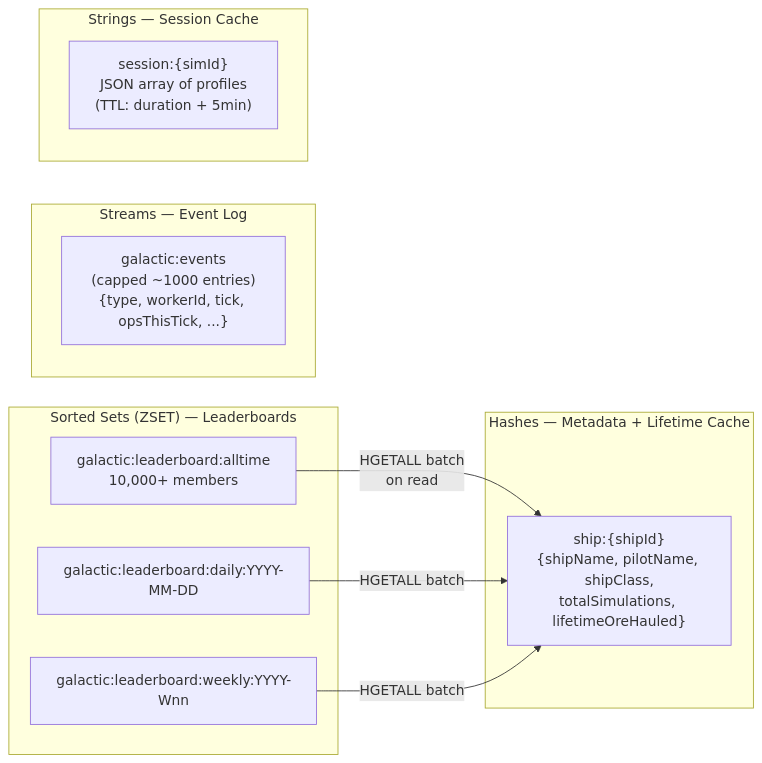
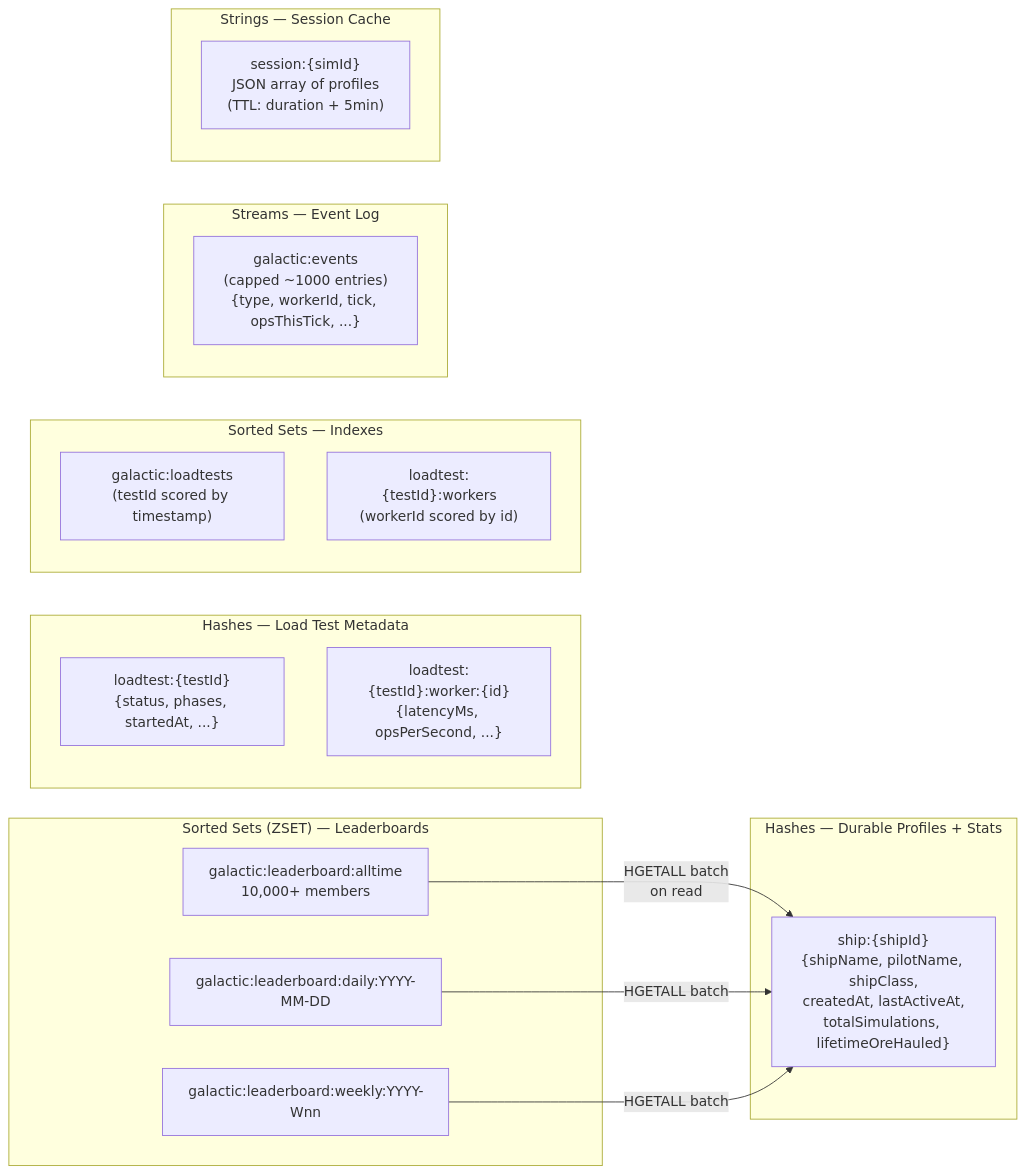
The third of 5 diagrams in ARCHITECTURE.md (rickrams/galactic-mining-league), drawn with Mermaid before and after one commit. The commit also changed other lines of this file and 4 other files, not shown here.

````diff
--- a/ARCHITECTURE.md
+++ b/ARCHITECTURE.md
@@ -74,24 +73,34 @@
 ```mermaid
 graph LR
     subgraph "Sorted Sets (ZSET) — Leaderboards"
         A["galactic:leaderboard:alltime<br/>10,000+ members"]
         B["galactic:leaderboard:daily:YYYY-MM-DD"]
         C["galactic:leaderboard:weekly:YYYY-Wnn"]
     end
 
-    subgraph "Hashes — Metadata + Lifetime Cache"
-        H["ship:{shipId}<br/>{shipName, pilotName, shipClass,<br/>totalSimulations, lifetimeOreHauled}"]
+    subgraph "Hashes — Durable Profiles + Stats"
+        H["ship:{shipId}<br/>{shipName, pilotName, shipClass,<br/>createdAt, lastActiveAt,<br/>totalSimulations, lifetimeOreHauled}"]
+    end
+
+    subgraph "Hashes — Load Test Metadata"
+        LT["loadtest:{testId}<br/>{status, phases, startedAt, ...}"]
+        LTW["loadtest:{testId}:worker:{id}<br/>{latencyMs, opsPerSecond, ...}"]
+    end
+
+    subgraph "Sorted Sets — Indexes"
+        LTI["galactic:loadtests<br/>(testId scored by timestamp)"]
+        LTWI["loadtest:{testId}:workers<br/>(workerId scored by id)"]
     end
 
     subgraph "Streams — Event Log"
         S["galactic:events<br/>(capped ~1000 entries)<br/>{type, workerId, tick, opsThisTick, ...}"]
     end
 
     subgraph "Strings — Session Cache"
         K["session:{simId}<br/>JSON array of profiles<br/>(TTL: duration + 5min)"]
     end
 
     A -->|"HGETALL batch<br/>on read"| H
     B -->|"HGETALL batch"| H
     C -->|"HGETALL batch"| H
 ```
````
